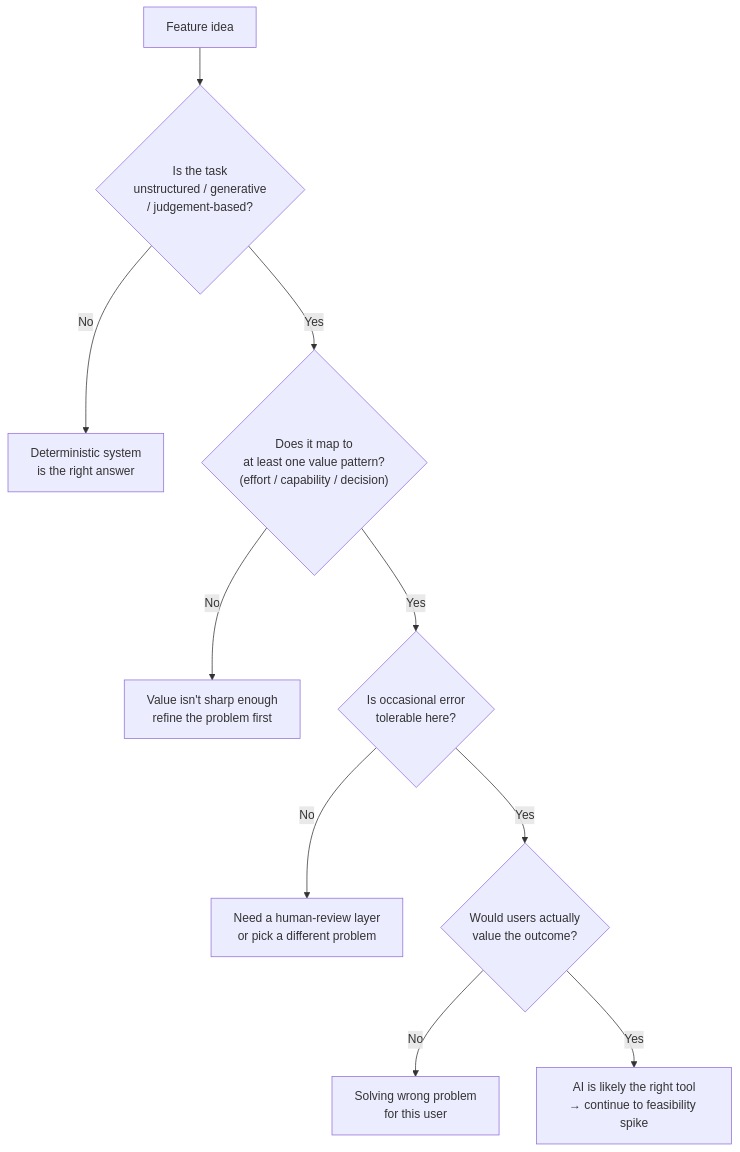
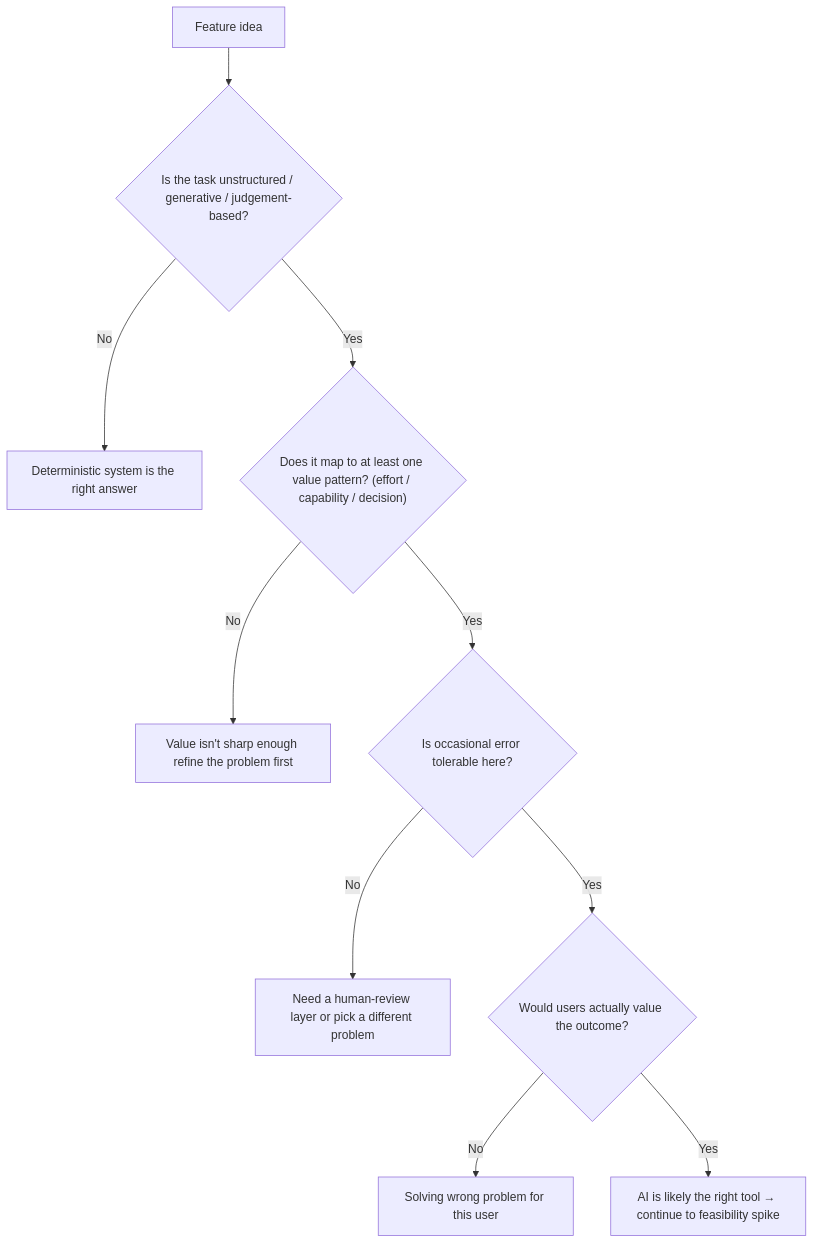
One commit to mjac-yue/ai-architecture-for-pms changed the fourth of 4 diagrams in module-01-why-ai-products-exist.md. Above: the diagram before and after it, drawn with Mermaid. The commit also changed other lines of this file and 15 other files, not shown here.

First line of the commit message:
Remove HTML tags from Mermaid node labels for Obsidian compatibility

````diff
--- a/module-01-why-ai-products-exist.md
+++ b/module-01-why-ai-products-exist.md
@@ -166,12 +166,12 @@
 ```mermaid
 flowchart TD
-    A["Feature idea"] --> Q1{"Is the task<br>unstructured / generative<br>/ judgement-based?"}
-    Q1 -- No --> X1["Deterministic system<br>is the right answer"]
-    Q1 -- Yes --> Q2{"Does it map to<br>at least one value pattern?<br>(effort / capability / decision)"}
-    Q2 -- No --> X2["Value isn't sharp enough<br>refine the problem first"]
-    Q2 -- Yes --> Q3{"Is occasional error<br>tolerable here?"}
-    Q3 -- No --> X3["Need a human-review layer<br>or pick a different problem"]
-    Q3 -- Yes --> Q4{"Would users actually<br>value the outcome?"}
-    Q4 -- No --> X4["Solving wrong problem<br>for this user"]
-    Q4 -- Yes --> Y["AI is likely the right tool<br>→ continue to feasibility spike"]
+    A["Feature idea"] --> Q1{"Is the task unstructured / generative / judgement-based?"}
+    Q1 -- No --> X1["Deterministic system is the right answer"]
+    Q1 -- Yes --> Q2{"Does it map to at least one value pattern? (effort / capability / decision)"}
+    Q2 -- No --> X2["Value isn't sharp enough refine the problem first"]
+    Q2 -- Yes --> Q3{"Is occasional error tolerable here?"}
+    Q3 -- No --> X3["Need a human-review layer or pick a different problem"]
+    Q3 -- Yes --> Q4{"Would users actually value the outcome?"}
+    Q4 -- No --> X4["Solving wrong problem for this user"]
+    Q4 -- Yes --> Y["AI is likely the right tool → continue to feasibility spike"]
 ```
````
